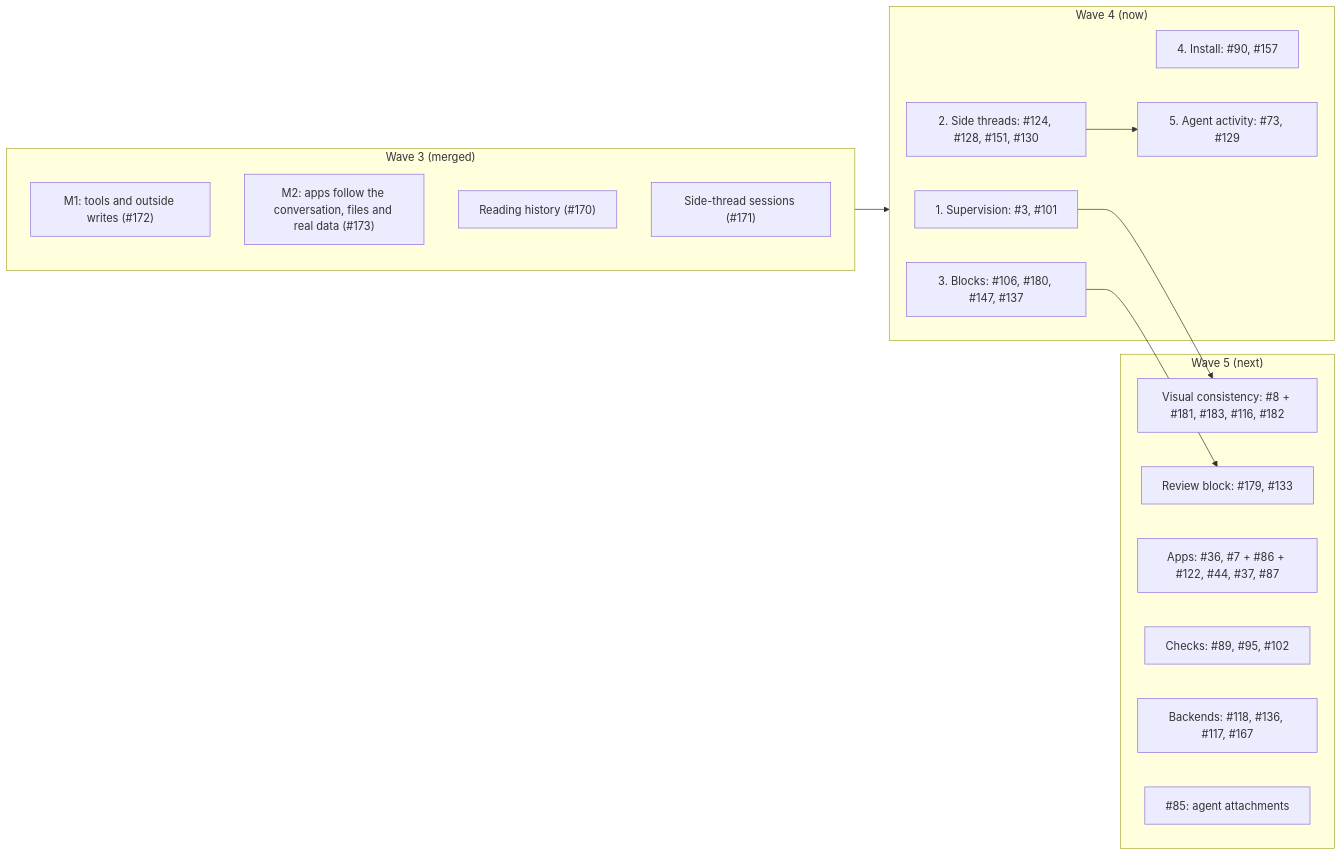
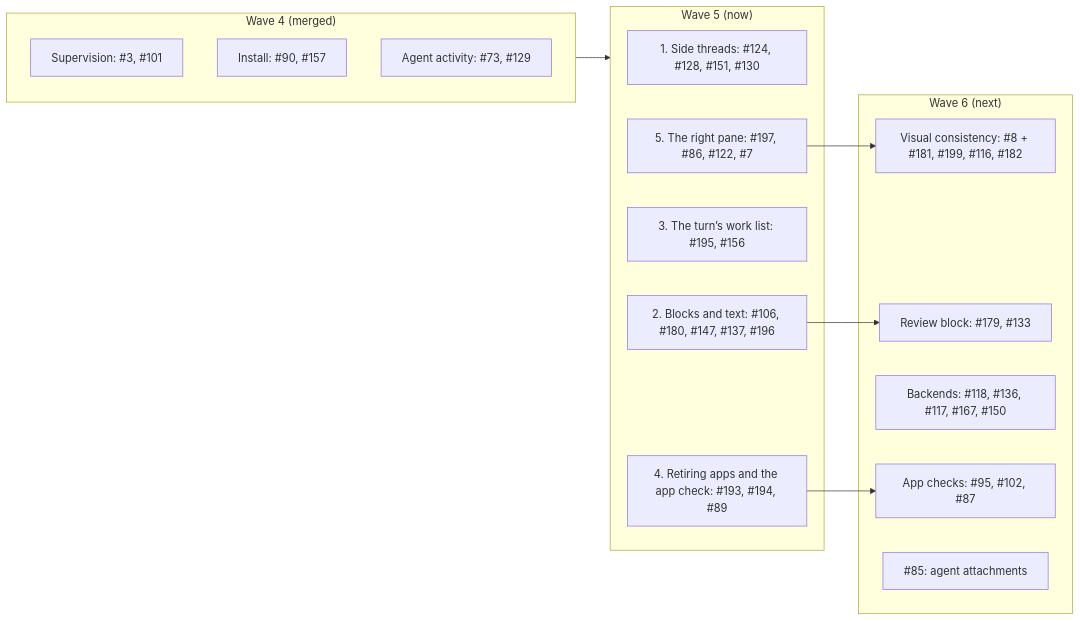
Before and after one commit to HJeon139/postbox: the diagram in designs/prompts/README.md, drawn with Mermaid. The commit also changed other lines of this file and 5 other files, not shown here.

First line of the commit message:
docs(prompts): wave 5, five sessions, with wave 4's two unstarted ones

````diff
--- a/designs/prompts/README.md
+++ b/designs/prompts/README.md
@@ -11,28 +11,26 @@
 ```mermaid
 flowchart LR
-  subgraph w3["Wave 3 (merged)"]
-    m1["M1: tools and outside writes (#172)"]
-    f["M2: apps follow the conversation, files and real data (#173)"]
-    r["Reading history (#170)"]
-    s["Side-thread sessions (#171)"]
+  subgraph w4["Wave 4 (merged)"]
+    a["Supervision: #3, #101"]
+    d["Install: #90, #157"]
+    e["Agent activity: #73, #129"]
   end
-  subgraph w4["Wave 4 (now)"]
-    a["1. Supervision: #3, #101"]
-    b["2. Side threads: #124, #128, #151, #130"]
-    c["3. Blocks: #106, #180, #147, #137"]
-    d["4. Install: #90, #157"]
-    e["5. Agent activity: #73, #129"]
+  subgraph w5["Wave 5 (now)"]
+    s1["1. Side threads: #124, #128, #151, #130"]
+    s2["2. Blocks and text: #106, #180, #147, #137, #196"]
+    s3["3. The turn’s work list: #195, #156"]
+    s4["4. Retiring apps and the app check: #193, #194, #89"]
+    s5["5. The right pane: #197, #86, #122, #7"]
   end
-  subgraph w5["Wave 5 (next)"]
-    v["Visual consistency: #8 + #181, #183, #116, #182"]
+  subgraph w6["Wave 6 (next)"]
+    v["Visual consistency: #8 + #181, #199, #116, #182"]
     rv["Review block: #179, #133"]
-    ap["Apps: #36, #7 + #86 + #122, #44, #37, #87"]
-    ck["Checks: #89, #95, #102"]
-    be["Backends: #118, #136, #117, #167"]
+    be["Backends: #118, #136, #117, #167, #150"]
+    ck["App checks: #95, #102, #87"]
     at["#85: agent attachments"]
   end
-  w3 --> w4
-  a --> v
-  c --> rv
-  b --> e
+  w4 --> w5
+  s2 --> rv
+  s4 --> ck
+  s5 --> v
 ```
````
